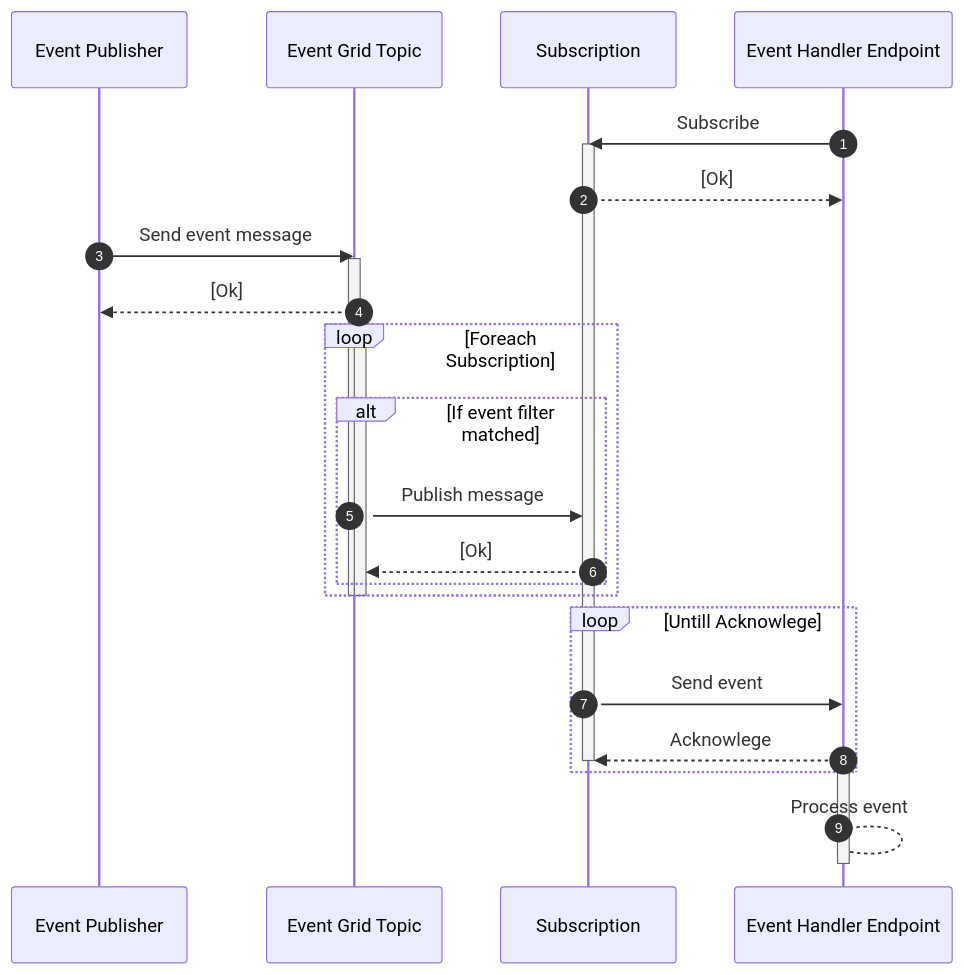
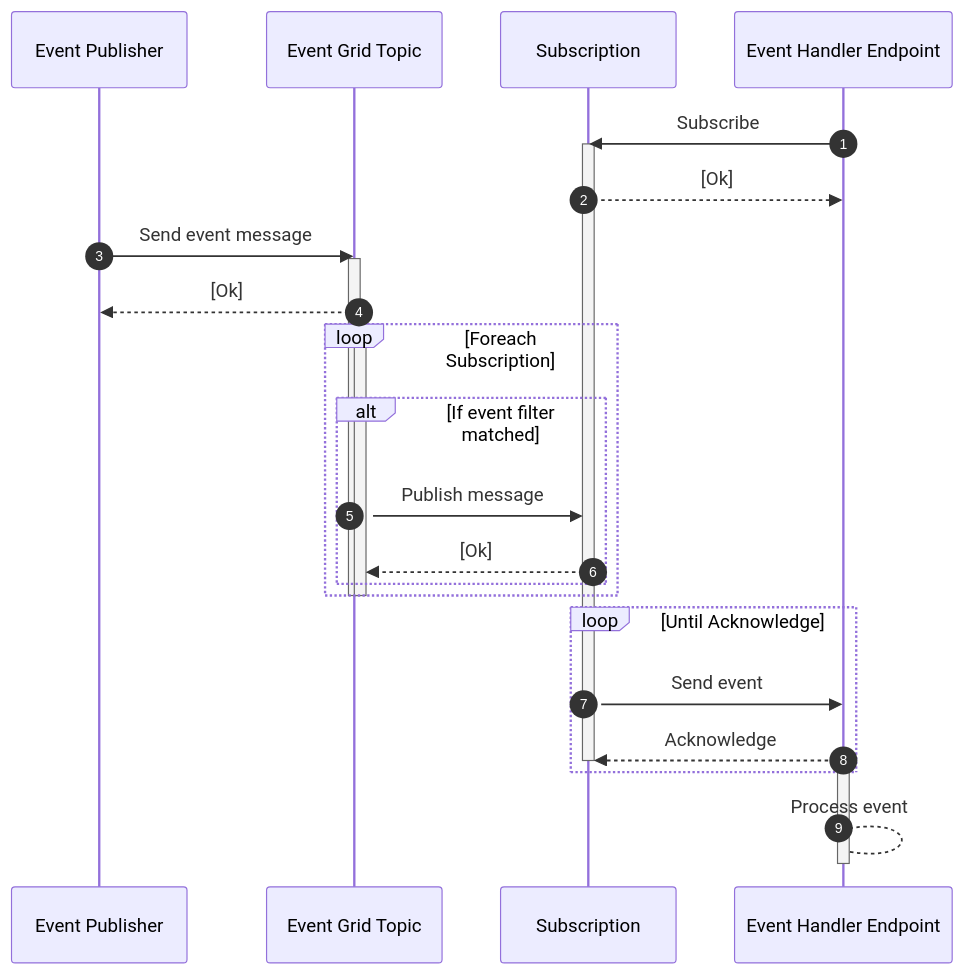
One commit to martijnvanschie/blog changed the diagram in _posts/2022-02-02-azure-messaging-services-part-1.md. Above: the diagram before and after it, drawn with Mermaid. The commit also changed other lines of this file and 3 other files, not shown here.

````diff
--- a/_posts/2022-02-02-azure-messaging-services-part-1.md
+++ b/_posts/2022-02-02-azure-messaging-services-part-1.md
@@ -134,40 +138,40 @@
 ```mermaid
 sequenceDiagram
     autonumber
     participant ep as Event Publisher
     participant egt as Event Grid Topic
     participant sub as Subscription
     participant eh as Event Handler Endpoint
 
     eh ->> sub: Subscribe
     activate sub
     sub -->> eh: [Ok]
 
     ep ->> egt: Send event message
     
     activate egt
     
     egt -->> ep: [Ok]
 
     activate egt
 
     loop Foreach Subscription
         alt If event filter matched
             egt ->> sub: Publish message
             sub -->> egt: [Ok]
         end
     end
 
     deactivate egt
     deactivate egt
 
-    loop Untill Acknowlege
+    loop Until Acknowledge
         sub ->> eh: Send event
-        eh -->> sub: Acknowlege
+        eh -->> sub: Acknowledge
         deactivate sub
     end
 
     activate eh
     eh --> eh: Process event
     deactivate eh
 ```
````
